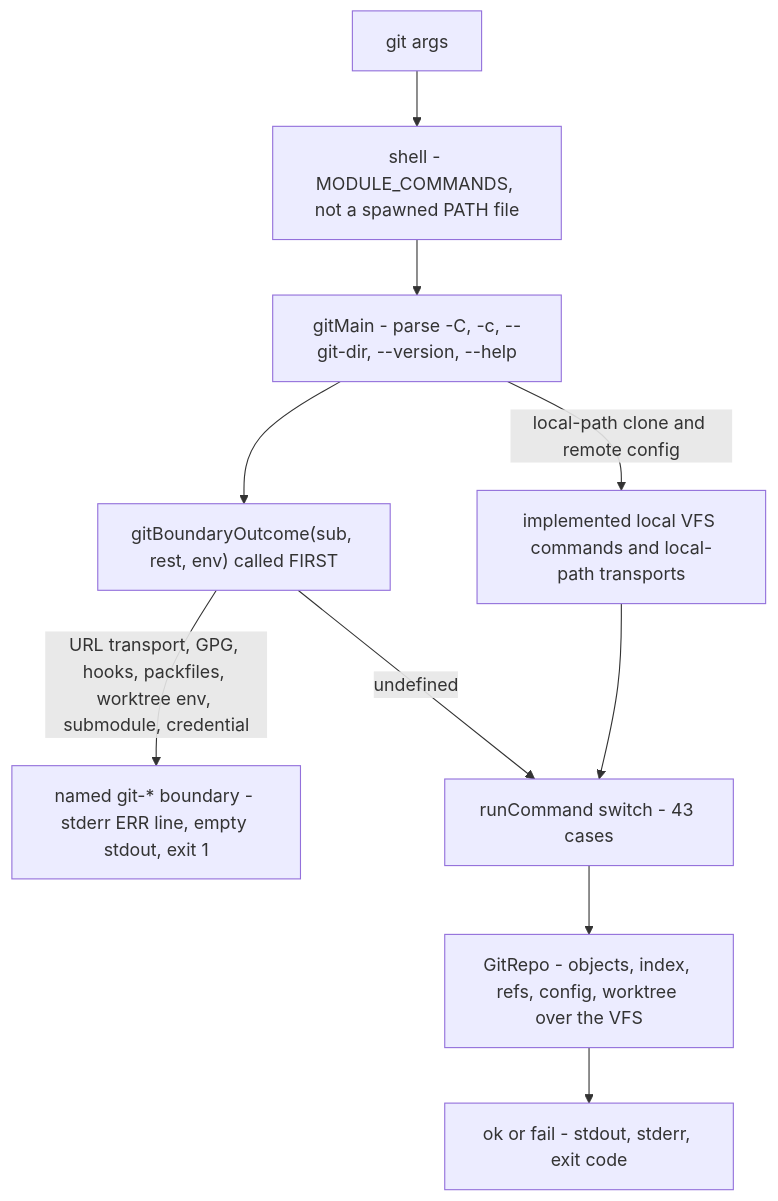
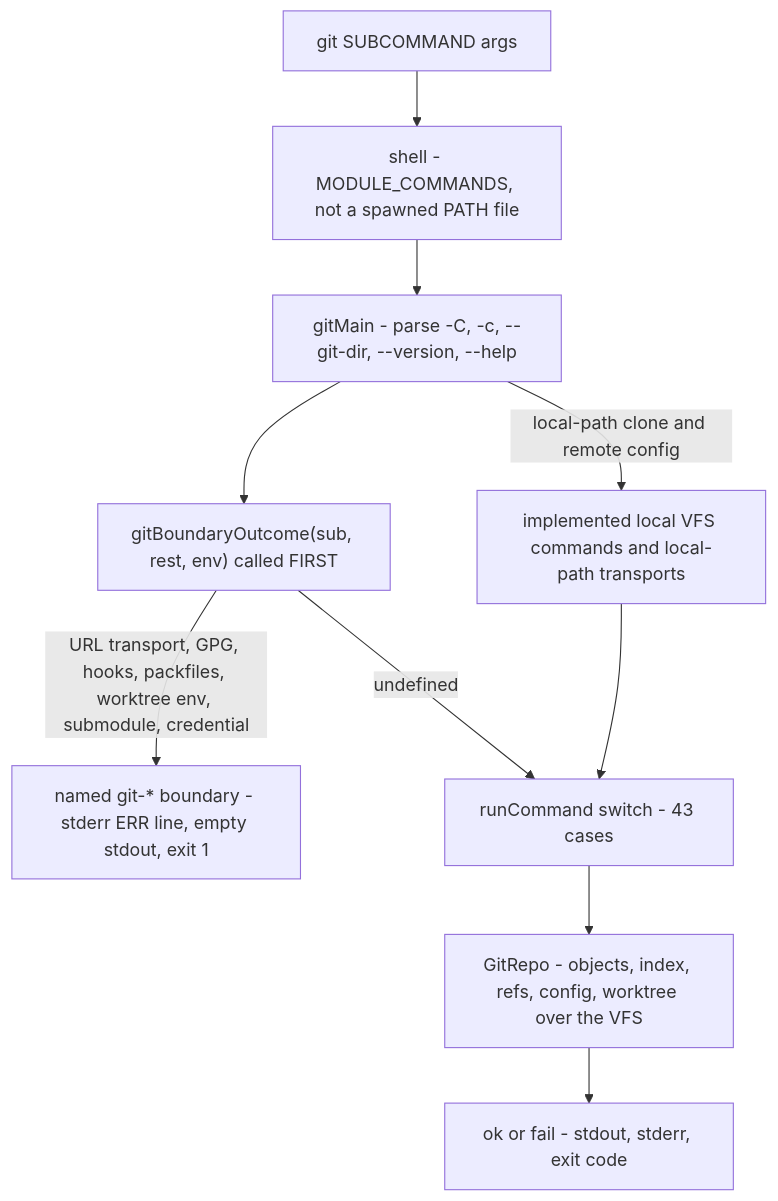
Before and after one commit to dywongcloud/OpenWebContainer: the ninth of 9 diagrams in docs/architecture.md, drawn with Mermaid. The commit also changed 16 other files, not shown here.

````diff
--- a/docs/architecture.md
+++ b/docs/architecture.md
@@ -325,17 +325,17 @@
 ```mermaid
 flowchart TB
-  Argv["git <subcommand> args"]
+  Argv["git SUBCOMMAND args"]
   Shell["shell - MODULE_COMMANDS, not a spawned PATH file"]
   Main["gitMain - parse -C, -c, --git-dir, --version, --help"]
   Boundary["gitBoundaryOutcome(sub, rest, env) called FIRST"]
   Named["named git-* boundary - stderr ERR line, empty stdout, exit 1"]
   Local["implemented local VFS commands and local-path transports"]
   Run["runCommand switch - 43 cases"]
   Store["GitRepo - objects, index, refs, config, worktree over the VFS"]
   Out["ok or fail - stdout, stderr, exit code"]
   Argv --> Shell --> Main --> Boundary
   Boundary -->|URL transport, GPG, hooks, packfiles, worktree env, submodule, credential| Named
   Boundary -->|undefined| Run
   Main -->|local-path clone and remote config| Local --> Run
   Run --> Store --> Out
 ```
````
